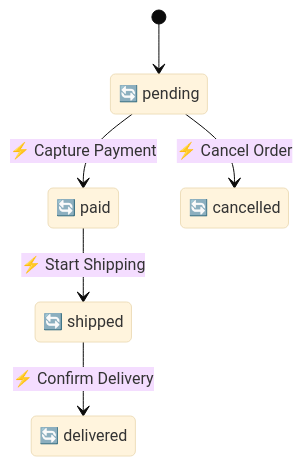
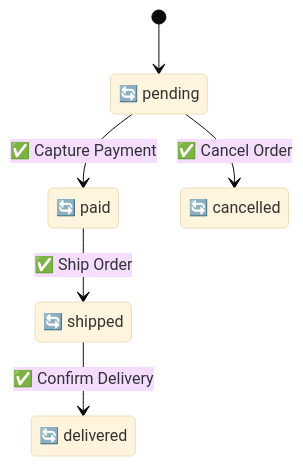
One commit to manji-0/rdra-ish-dsl changed the diagram in samples/ec-site/out/state.mmd. Above: the diagram before and after it, drawn with Mermaid (base theme). The commit also changed 100 other files, not shown here.

```diff
--- a/samples/ec-site/out/state.mmd
+++ b/samples/ec-site/out/state.mmd
@@ -1,11 +1,11 @@
 stateDiagram-v2
   [*] --> Order_pending
   state "🔄 paid" as Order_paid
   state "🔄 shipped" as Order_shipped
   state "🔄 pending" as Order_pending
   state "🔄 cancelled" as Order_cancelled
   state "🔄 delivered" as Order_delivered
-  Order_paid --> Order_shipped : ⚡ Start Shipping
-  Order_pending --> Order_cancelled : ⚡ Cancel Order
-  Order_pending --> Order_paid : ⚡ Capture Payment
-  Order_shipped --> Order_delivered : ⚡ Confirm Delivery
+  Order_paid --> Order_shipped : ✅ Ship Order
+  Order_pending --> Order_cancelled : ✅ Cancel Order
+  Order_pending --> Order_paid : ✅ Capture Payment
+  Order_shipped --> Order_delivered : ✅ Confirm Delivery
```
